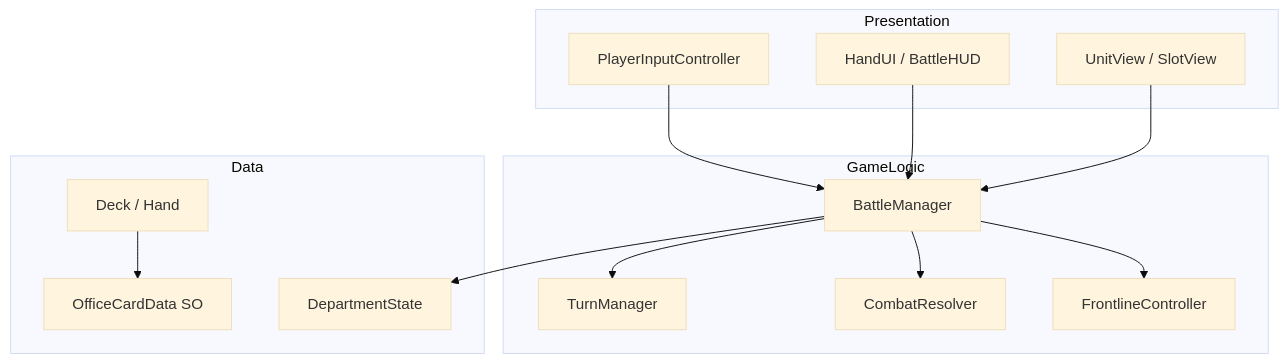
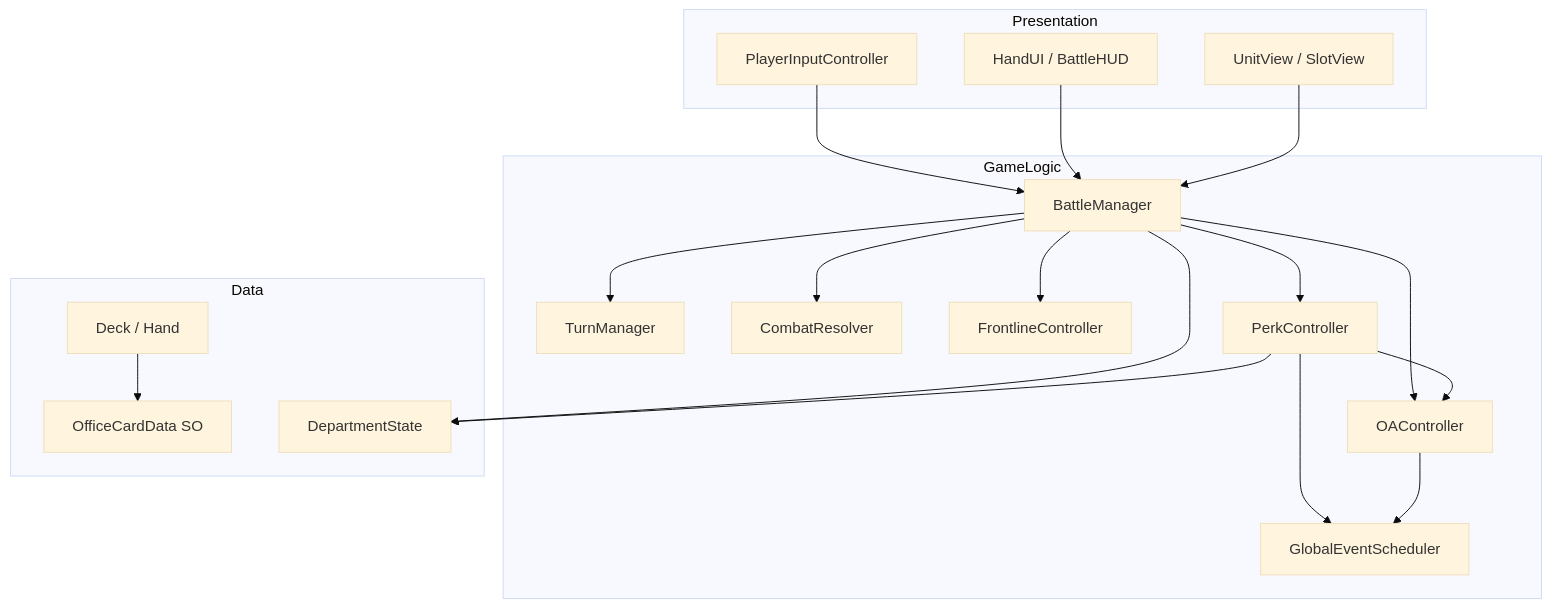
One commit to Hustle28214/office-war changed the third of 3 diagrams in plan.md. Above: the diagram before and after it, drawn with Mermaid (base theme). The commit also changed other lines of this file and 76 other files, not shown here.

````diff
--- a/plan.md
+++ b/plan.md
@@ -131,27 +367,36 @@
 ```mermaid
 flowchart TB
     subgraph Presentation
         UI[HandUI / BattleHUD]
         Input[PlayerInputController]
         View[UnitView / SlotView]
     end
     subgraph GameLogic
         Turn[TurnManager]
         Battle[BattleManager]
         Combat[CombatResolver]
         Front[FrontlineController]
+        Perk[PerkController]
+        OA[OAController]
+        Global[GlobalEventScheduler]
     end
     subgraph Data
         SO[OfficeCardData SO]
         Deck[Deck / Hand]
         Dept[DepartmentState]
     end
     Input --> Battle
     UI --> Battle
     Battle --> Turn
     Battle --> Combat
     Battle --> Front
+    Battle --> Perk
+    Battle --> OA
     Battle --> Dept
+    Perk --> OA
+    Perk --> Global
+    Perk --> Dept
+    OA --> Global
     Deck --> SO
     View --> Battle
 ```
````
